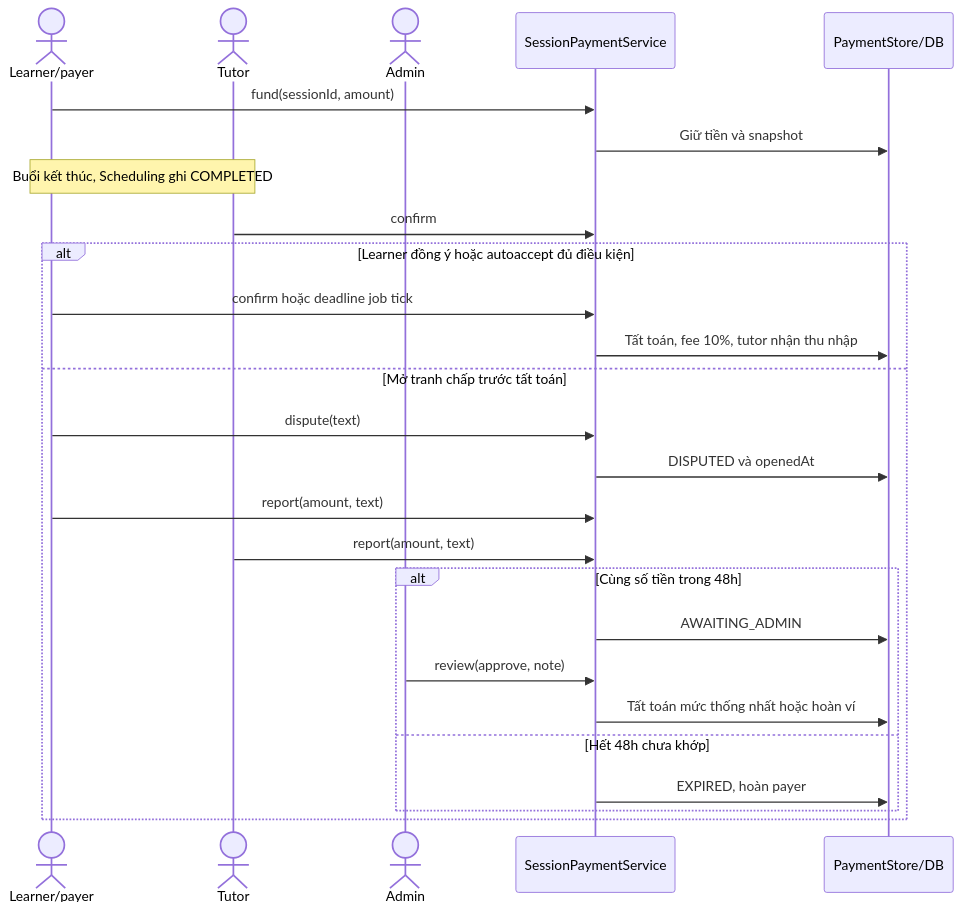
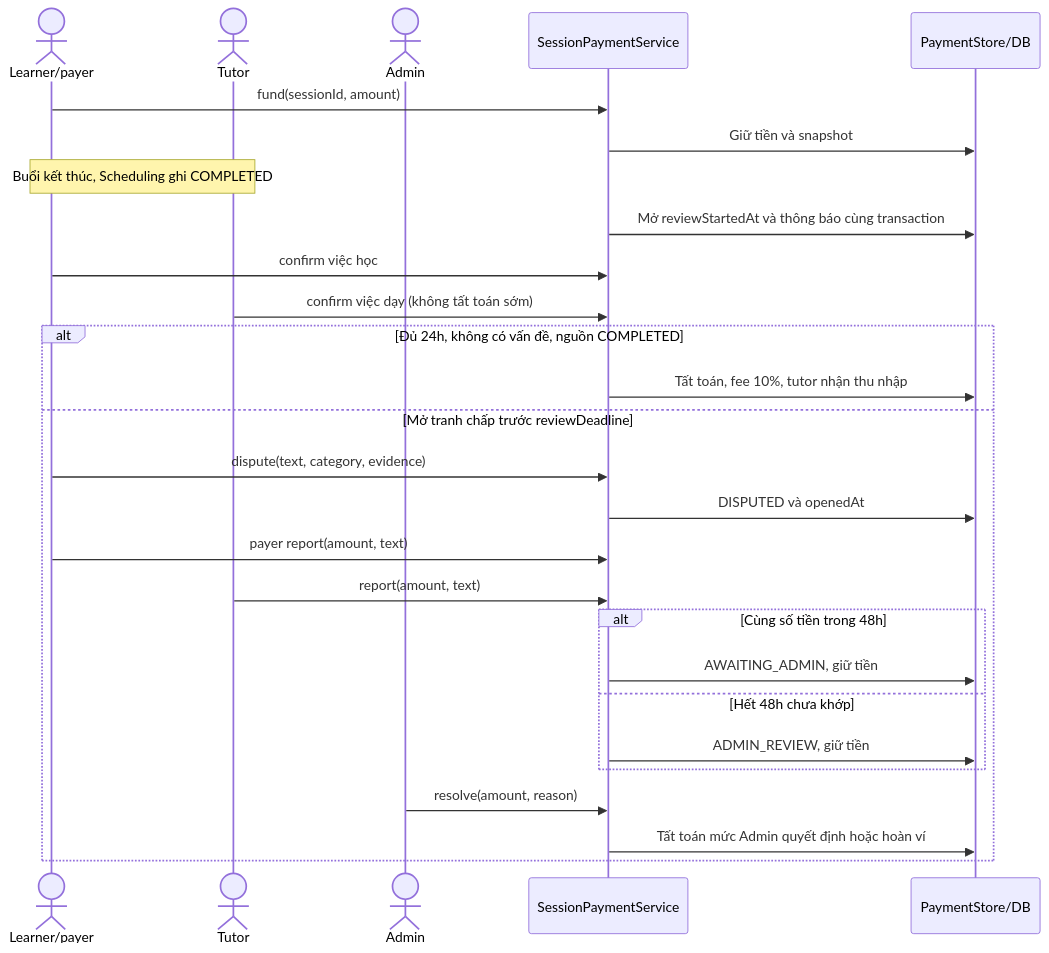
Before and after one commit to dvtrug/EduFit: the fifth of 6 diagrams in docs/payment/payment_implementation_plan.md, drawn with Mermaid. The commit also changed other lines of this file and 20 other files, not shown here.

Commit message:
docs(payment): align rules diagrams and rollout with shared cases

````diff
--- a/docs/payment/payment_implementation_plan.md
+++ b/docs/payment/payment_implementation_plan.md
@@ -260,28 +262,29 @@
 ```mermaid
 sequenceDiagram
     actor L as Learner/payer
     actor T as Tutor
     actor A as Admin
     participant S as SessionPaymentService
     participant DB as PaymentStore/DB
     L->>S: fund(sessionId, amount)
     S->>DB: Giữ tiền và snapshot
     Note over L,T: Buổi kết thúc, Scheduling ghi COMPLETED
-    T->>S: confirm
-    alt Learner đồng ý hoặc autoaccept đủ điều kiện
-        L->>S: confirm hoặc deadline job tick
+    S->>DB: Mở reviewStartedAt và thông báo cùng transaction
+    L->>S: confirm việc học
+    T->>S: confirm việc dạy (không tất toán sớm)
+    alt Đủ 24h, không có vấn đề, nguồn COMPLETED
         S->>DB: Tất toán, fee 10%, tutor nhận thu nhập
-    else Mở tranh chấp trước tất toán
-        L->>S: dispute(text)
+    else Mở tranh chấp trước reviewDeadline
+        L->>S: dispute(text, category, evidence)
         S->>DB: DISPUTED và openedAt
-        L->>S: report(amount, text)
+        L->>S: payer report(amount, text)
         T->>S: report(amount, text)
         alt Cùng số tiền trong 48h
-            S->>DB: AWAITING_ADMIN
-            A->>S: review(approve, note)
-            S->>DB: Tất toán mức thống nhất hoặc hoàn ví
+            S->>DB: AWAITING_ADMIN, giữ tiền
         else Hết 48h chưa khớp
-            S->>DB: EXPIRED, hoàn payer
+            S->>DB: ADMIN_REVIEW, giữ tiền
         end
+        A->>S: resolve(amount, reason)
+        S->>DB: Tất toán mức Admin quyết định hoặc hoàn ví
     end
 ```
````
